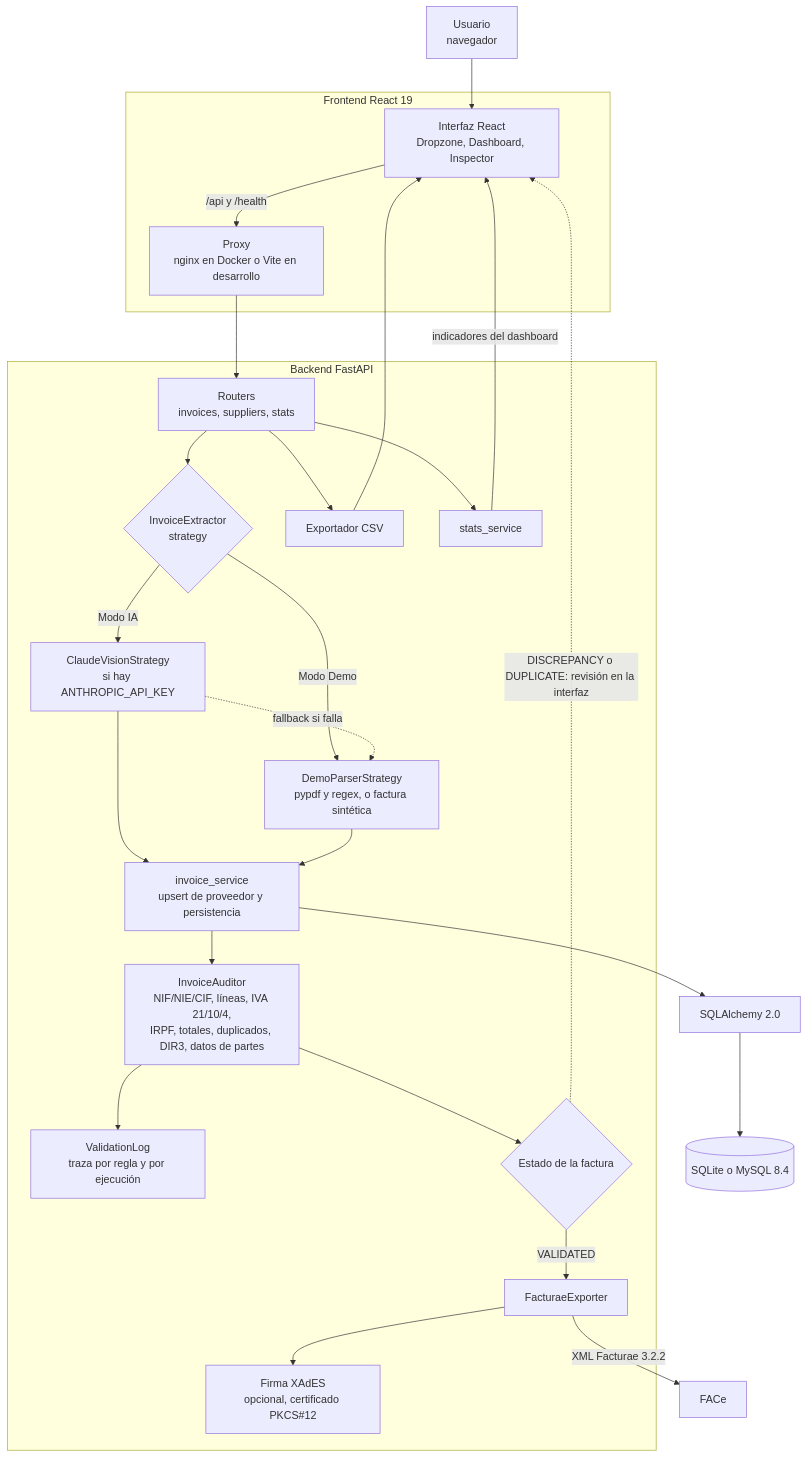
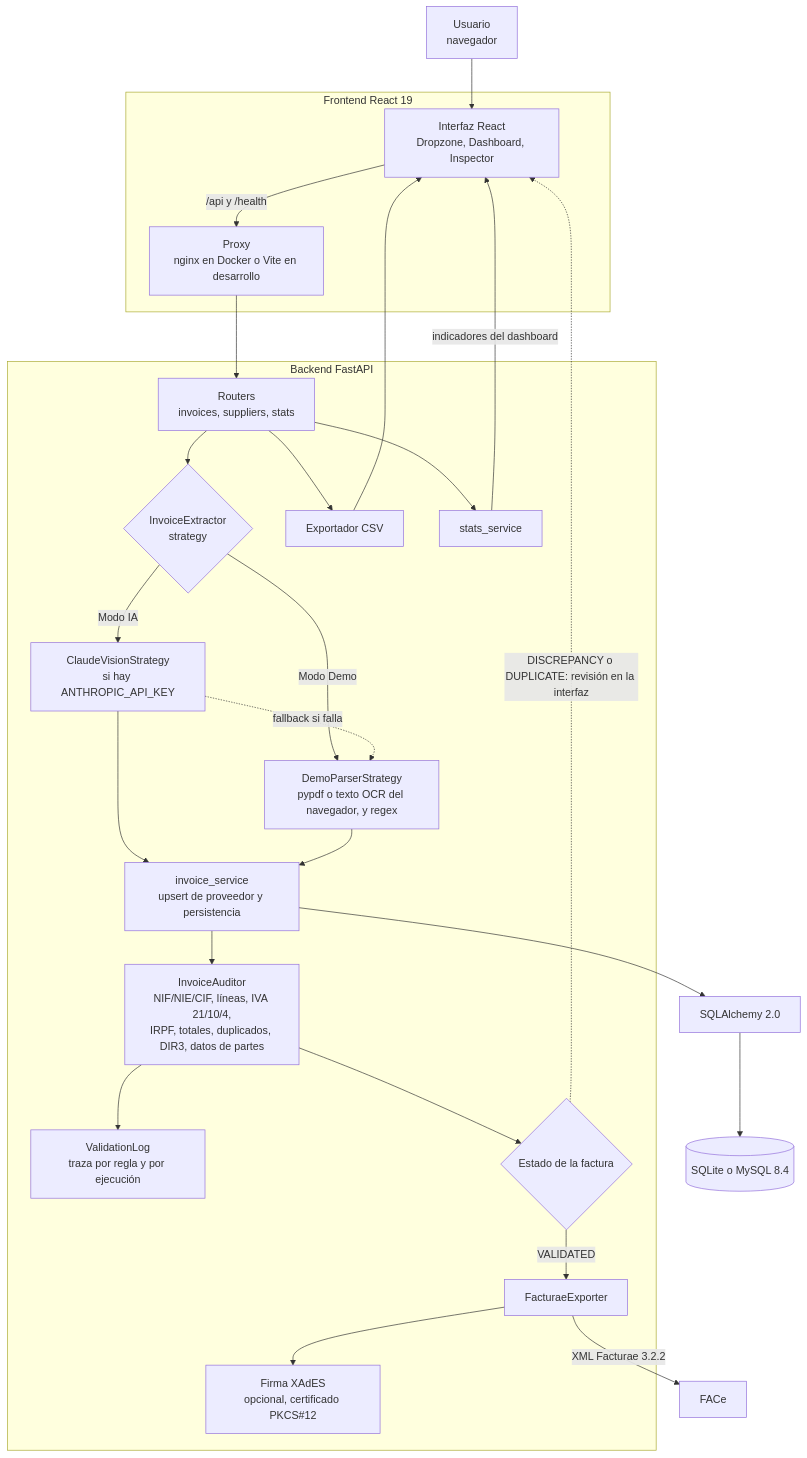
One commit to dftii/smart-invoice-auditor changed the first of 2 diagrams in README.md. Above: the diagram before and after it, drawn with Mermaid. The commit also changed other lines of this file and 25 other files, not shown here.

First line of the commit message:
Free in-browser OCR for photos and scanned PDFs in demo mode

````diff
--- a/README.md
+++ b/README.md
@@ -75,47 +75,47 @@
 ```mermaid
 flowchart TB
     U["Usuario<br/>navegador"] --> UI
 
     subgraph FE ["Frontend React 19"]
         UI["Interfaz React<br/>Dropzone, Dashboard, Inspector"]
         PROXY["Proxy<br/>nginx en Docker o Vite en desarrollo"]
         UI -->|"/api y /health"| PROXY
     end
 
     subgraph BE ["Backend FastAPI"]
         R["Routers<br/>invoices, suppliers, stats"]
         EX{"InvoiceExtractor<br/>strategy"}
         CL["ClaudeVisionStrategy<br/>si hay ANTHROPIC_API_KEY"]
-        DM["DemoParserStrategy<br/>pypdf y regex, o factura sintética"]
+        DM["DemoParserStrategy<br/>pypdf o texto OCR del navegador, y regex"]
         SVC["invoice_service<br/>upsert de proveedor y persistencia"]
         AUD["InvoiceAuditor<br/>NIF/NIE/CIF, líneas, IVA 21/10/4,<br/>IRPF, totales, duplicados, DIR3, datos de partes"]
         LOG["ValidationLog<br/>traza por regla y por ejecución"]
         ST{"Estado de la factura"}
         FX["FacturaeExporter"]
         XAD["Firma XAdES<br/>opcional, certificado PKCS#12"]
         CSV["Exportador CSV"]
         STATS["stats_service"]
 
         R --> EX
         EX -->|"Modo IA"| CL
         EX -->|"Modo Demo"| DM
         CL -.->|"fallback si falla"| DM
         CL --> SVC
         DM --> SVC
         SVC --> AUD
         AUD --> LOG
         AUD --> ST
         ST -->|"VALIDATED"| FX
         FX --> XAD
         R --> CSV
         R --> STATS
     end
 
     PROXY --> R
     SVC --> ORM["SQLAlchemy 2.0"]
     ORM --> DB[("SQLite o MySQL 8.4")]
     FX -->|"XML Facturae 3.2.2"| FACE["FACe"]
     ST -.->|"DISCREPANCY o DUPLICATE: revisión en la interfaz"| UI
     CSV --> UI
     STATS -->|"indicadores del dashboard"| UI
 ```
````
